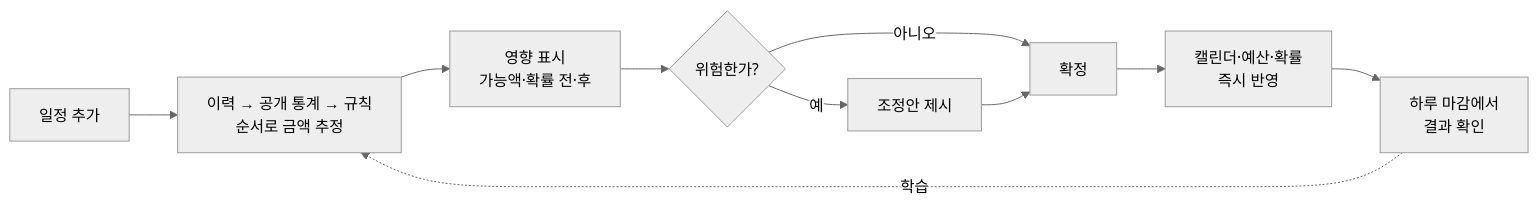
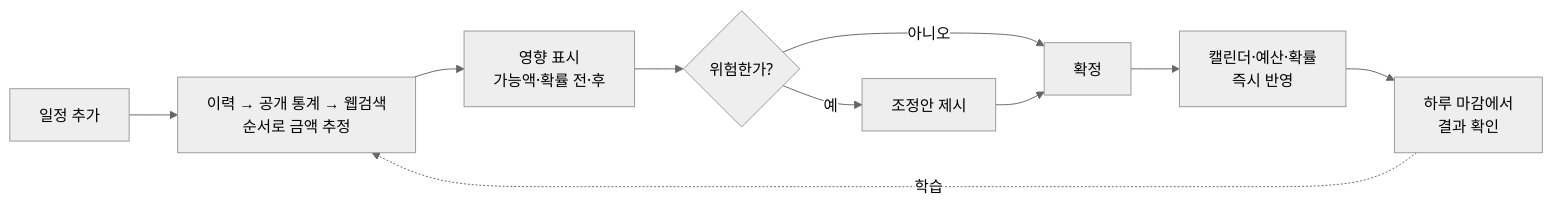
Before and after one commit to muju0629/KB_Tune: the first of 2 diagrams in README.md, drawn with Mermaid (neutral theme). The commit also changed other lines of this file and 9 other files, not shown here.

````diff
--- a/README.md
+++ b/README.md
@@ -498,12 +513,12 @@
 ```mermaid
 flowchart LR
-  A[일정 추가] --> B[이력 → 공개 통계 → 규칙<br/>순서로 금액 추정]
+  A[일정 추가] --> B[이력 → 공개 통계 → 웹검색<br/>순서로 금액 추정]
   B --> C[영향 표시<br/>가능액·확률 전·후]
   C --> D{위험한가?}
   D -->|예| E[조정안 제시]
   D -->|아니오| F[확정]
   E --> F
   F --> G[캘린더·예산·확률<br/>즉시 반영]
   G --> H[하루 마감에서<br/>결과 확인]
   H -.학습.-> B
 ```
````
